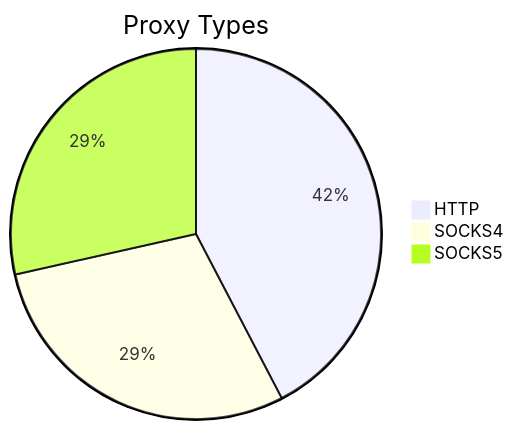
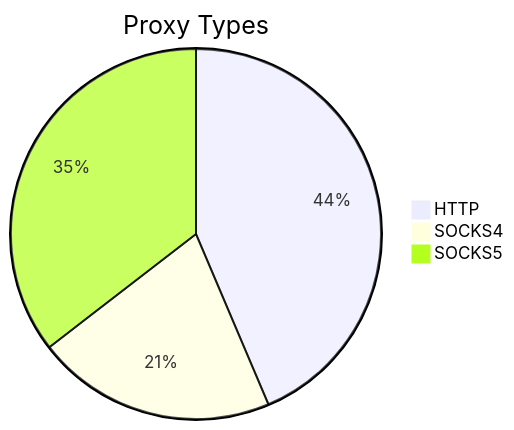
Before and after one commit to stormsia/proxy-list: the first of 2 diagrams in README.md, drawn with Mermaid. The commit also changed other lines of this file, not shown here.

````diff
--- a/README.md
+++ b/README.md
@@ -21,6 +21,6 @@
 ```mermaid
 pie title Proxy Types
-    "HTTP" : 199
-    "SOCKS4" : 137
-    "SOCKS5" : 134
+    "HTTP" : 75
+    "SOCKS4" : 36
+    "SOCKS5" : 61
 ```
````
